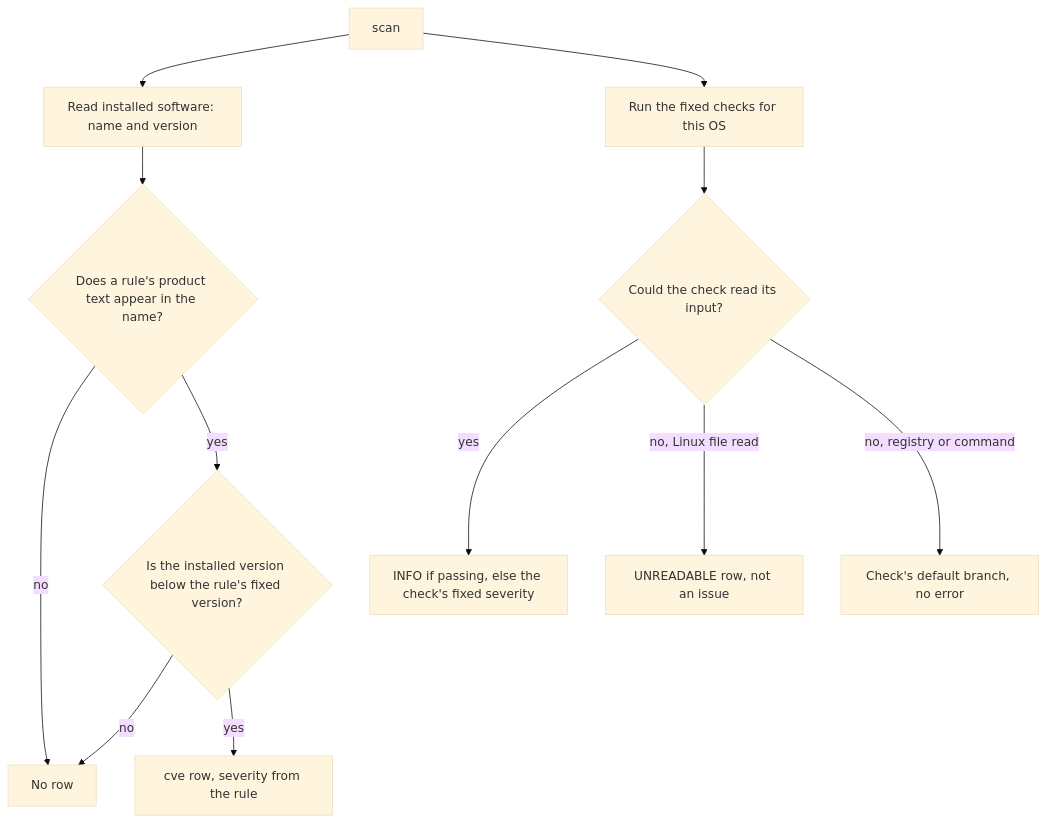
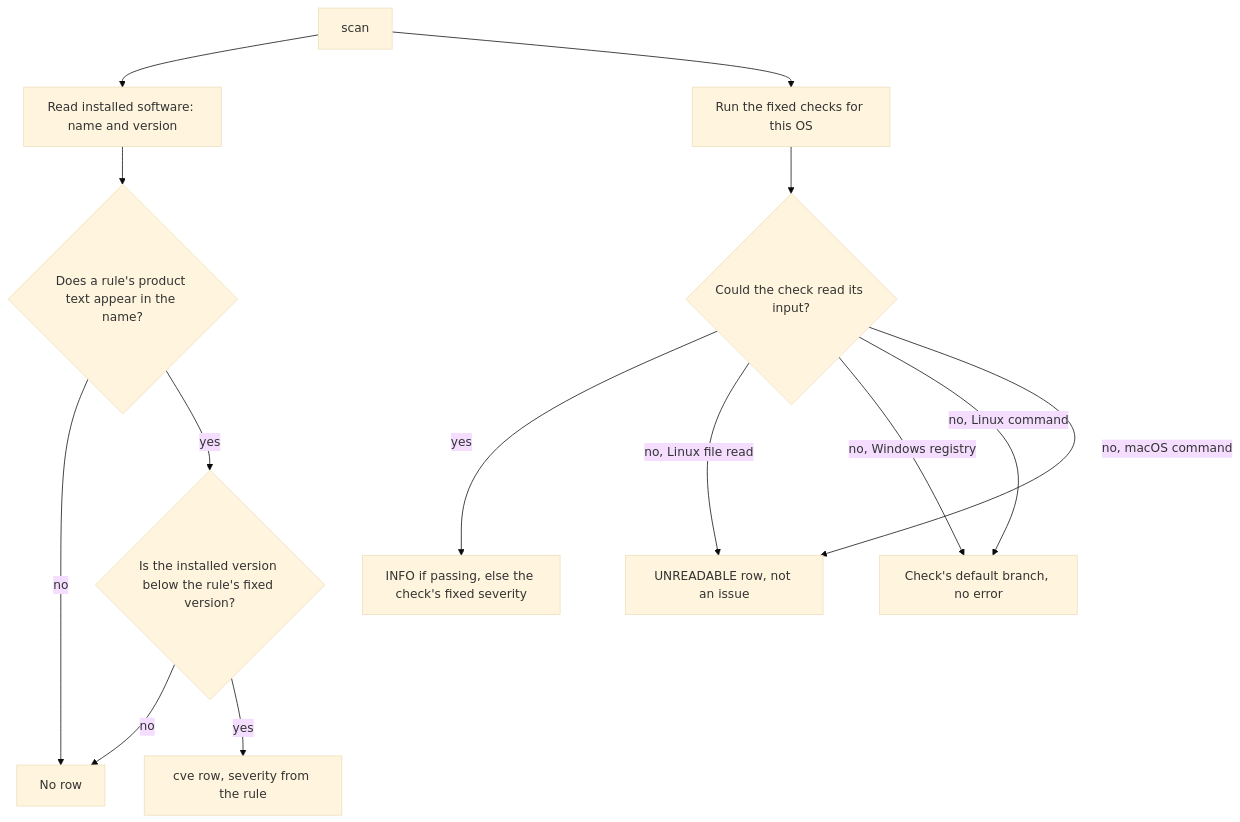
One commit to DevNullLtd/Yuzu changed the second of 3 diagrams in agents/plugins/vuln_scan/README.md. Above: the diagram before and after it, drawn with Mermaid (base theme). The commit also changed other lines of this file and 13 other files, not shown here.

````diff
--- a/agents/plugins/vuln_scan/README.md
+++ b/agents/plugins/vuln_scan/README.md
@@ -60,14 +60,16 @@
 ```mermaid
 flowchart TD
   S["scan"] --> INV["Read installed software: name and version"]
   INV --> M{"Does a rule's product text appear in the name?"}
   M -- "no" --> N1["No row"]
   M -- "yes" --> V{"Is the installed version below the rule's fixed version?"}
   V -- "no" --> N1
   V -- "yes" --> CVE["cve row, severity from the rule"]
   S --> CFG["Run the fixed checks for this OS"]
   CFG --> R{"Could the check read its input?"}
   R -- "yes" --> F["INFO if passing, else the check's fixed severity"]
   R -- "no, Linux file read" --> U["UNREADABLE row, not an issue"]
-  R -- "no, registry or command" --> D["Check's default branch, no error"]
+  R -- "no, Windows registry" --> D["Check's default branch, no error"]
+  R -- "no, Linux command" --> D
+  R -- "no, macOS command" --> U
 ```
````
